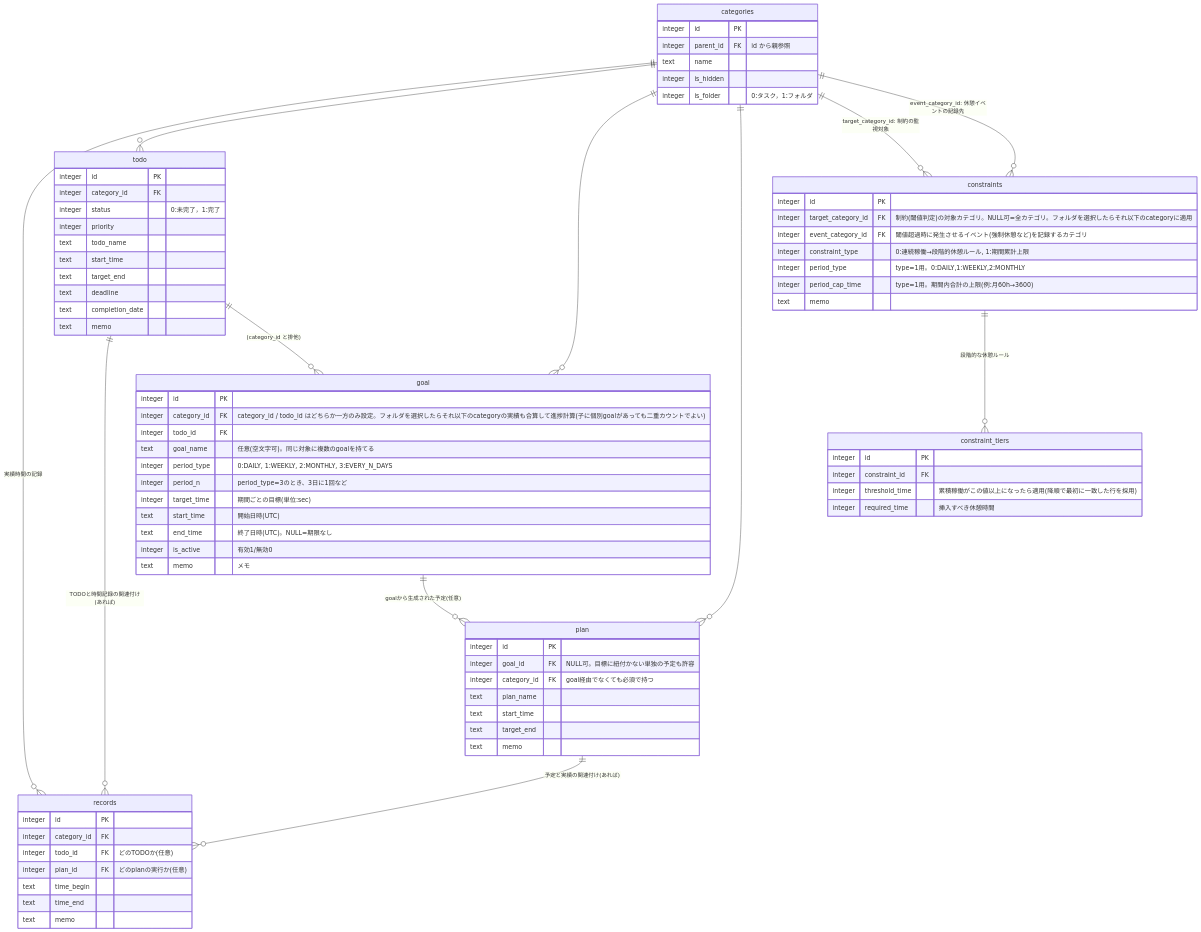
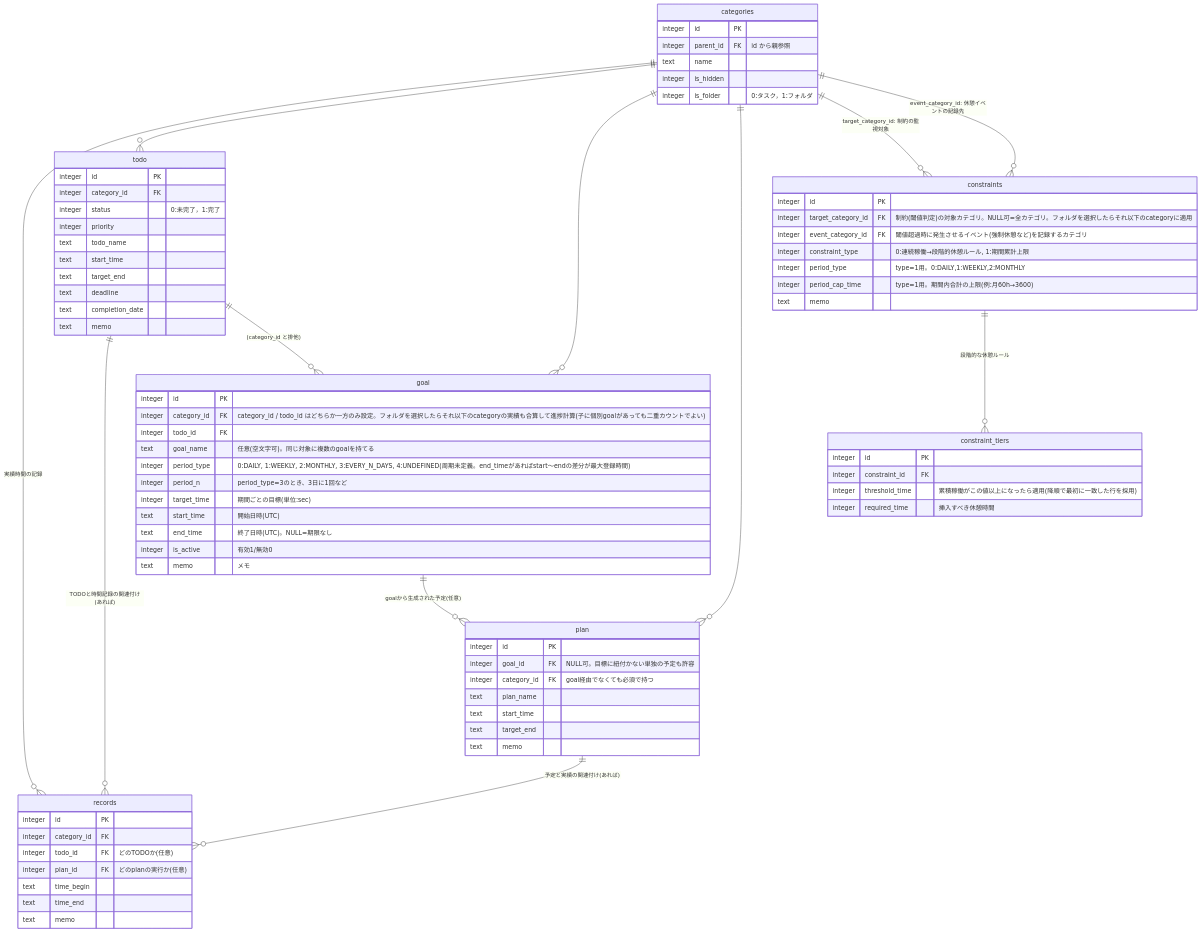
Before and after one commit to nullruptr/Cudyne: the diagram in src/core/db/db.md, drawn with Mermaid. The commit also changed 4 other files, not shown here.

Commit message:
Add undefined period type for goals

```diff
--- a/src/core/db/db.md
+++ b/src/core/db/db.md
@@ -50,7 +50,7 @@
         integer category_id FK "category_id / todo_id はどちらか一方のみ設定。フォルダを選択したらそれ以下のcategoryの実績も合算して進捗計算(子に個別goalがあっても二重カウントでよい)"
         integer todo_id FK
         text goal_name "任意(空文字可)。同じ対象に複数のgoalを持てる"
-        integer period_type "0:DAILY, 1:WEEKLY, 2:MONTHLY, 3:EVERY_N_DAYS"
+        integer period_type "0:DAILY, 1:WEEKLY, 2:MONTHLY, 3:EVERY_N_DAYS, 4:UNDEFINED(周期未定義。end_timeがあればstart〜endの差分が最大登録時間)"
         integer period_n "period_type=3のとき、3日に1回など"
         integer target_time "期間ごとの目標(単位:sec)"
         text start_time "開始日時(UTC)"
```
